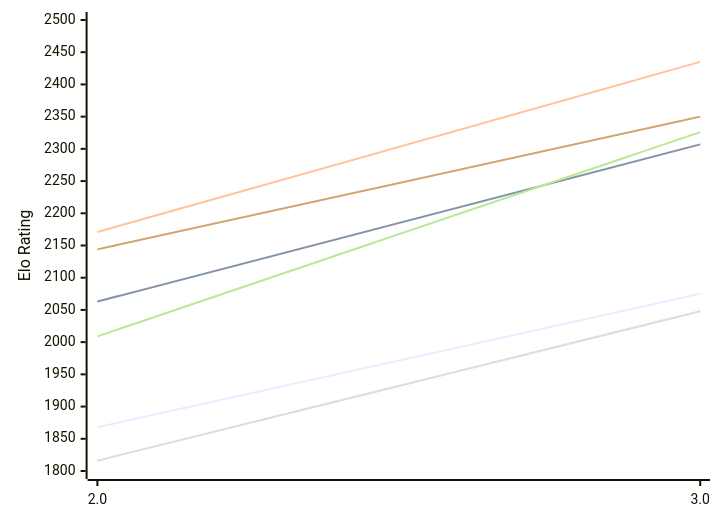
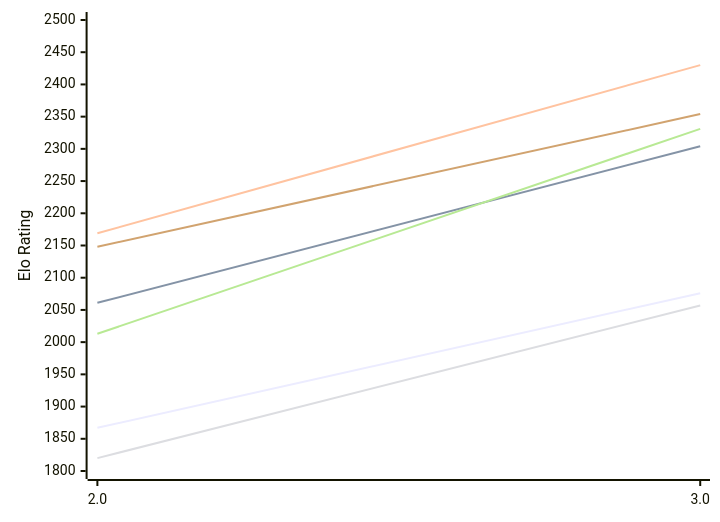
The first of 2 diagrams in engines/Zeno.md (computer-chess-index/cci), drawn with Mermaid before and after one commit. The commit also changed other lines of this file, not shown here.

Commit message:
Update CCI Ratings (ELO VLTC) - 2026-11-23

````diff
--- a/engines/Zeno.md
+++ b/engines/Zeno.md
@@ -50,12 +50,12 @@
 ```mermaid
 %%{init: {"theme":"base","themeVariables":{"seriesColors:['#a3a3a3','#222221','#faa371']}}}%%
 xychart-beta
   x-axis ["2.0", "3.0"]
   y-axis "Elo Rating" 1800 --> 2500
-  line "E1: STC (8.0+0.08s)" [1868, 2075]
-  line "E1: LTC (60.0+0.60s)" [2063, 2307]
-  line "E1: VLTC (2m24s+1.12s)" [2171, 2435]
-  line "P1: STC (8.0+0.08s)" [1816, 2048]
-  line "P1: LTC (60.0+0.60s)" [2009, 2326]
-  line "P1: VLTC (2m24s+1.12s)" [2144, 2350]
+  line "E1: STC (8.0+0.08s)" [1867, 2076]
+  line "E1: LTC (60.0+0.60s)" [2061, 2304]
+  line "E1: VLTC (2m24s+1.12s)" [2169, 2430]
+  line "P1: STC (8.0+0.08s)" [1820, 2057]
+  line "P1: LTC (60.0+0.60s)" [2013, 2331]
+  line "P1: VLTC (2m24s+1.12s)" [2148, 2354]
 ```
````
